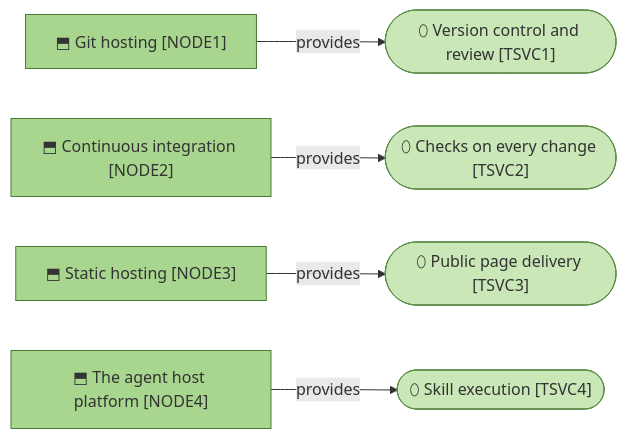
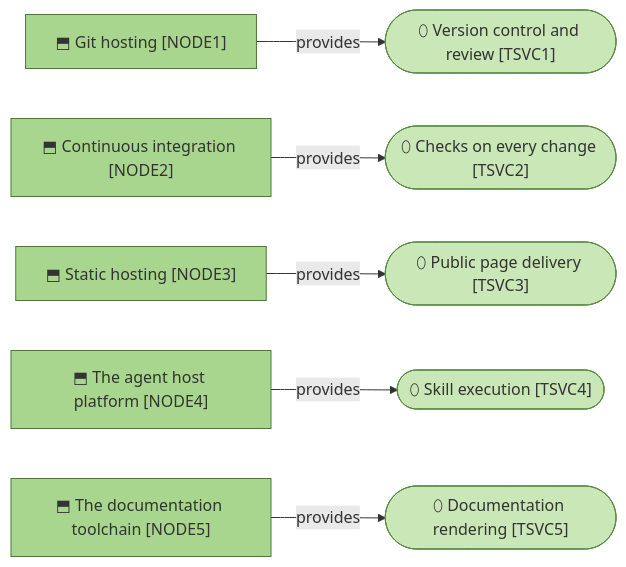
One commit to roanboc/architecture-archreator changed the diagram in product-archreator/architecture/5_technology/README.md. Above: the diagram before and after it, drawn with Mermaid. The commit also changed other lines of this file and 9 other files, not shown here.

````diff
--- a/product-archreator/architecture/5_technology/README.md
+++ b/product-archreator/architecture/5_technology/README.md
@@ -29,20 +29,23 @@
 ```mermaid
 flowchart LR
   node1["⬒ Git hosting [NODE1]"]:::node
   node2["⬒ Continuous integration [NODE2]"]:::node
   node3["⬒ Static hosting [NODE3]"]:::node
   node4["⬒ The agent host platform [NODE4]"]:::node
+  node5["⬒ The documentation toolchain [NODE5]"]:::node
 
   tsvc1(["⬯ Version control and review [TSVC1]"]):::technology
   tsvc2(["⬯ Checks on every change [TSVC2]"]):::technology
   tsvc3(["⬯ Public page delivery [TSVC3]"]):::technology
   tsvc4(["⬯ Skill execution [TSVC4]"]):::technology
+  tsvc5(["⬯ Documentation rendering [TSVC5]"]):::technology
 
   node1 -->|provides| tsvc1
   node2 -->|provides| tsvc2
   node3 -->|provides| tsvc3
   node4 -->|provides| tsvc4
+  node5 -->|provides| tsvc5
 
   classDef node fill:#a9d68f,stroke:#4a7a35,color:#333
   classDef technology fill:#c9e7b7,stroke:#5a8a45,color:#333
 ```
````
